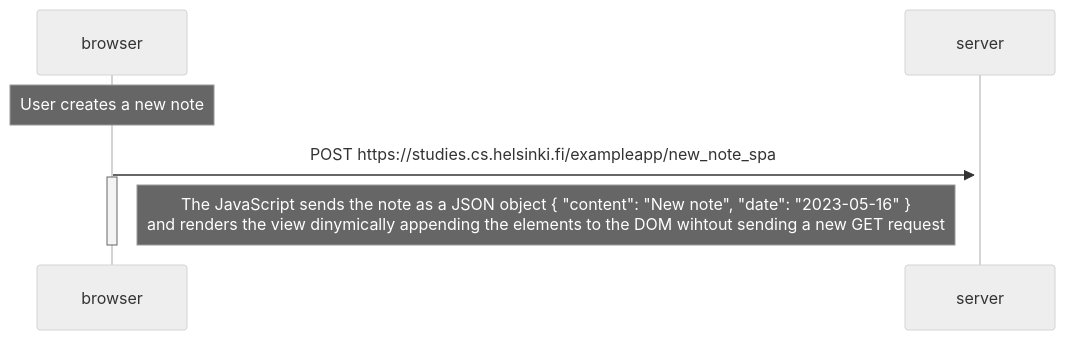
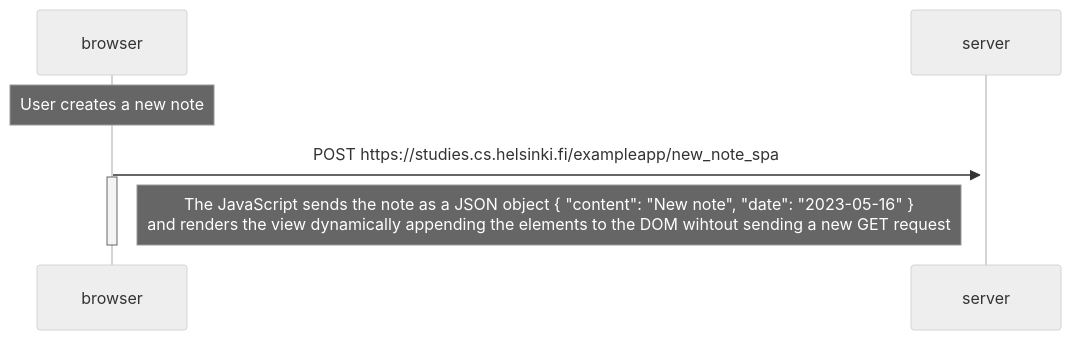
Before and after one commit to doteins/full-stack-open: the third of 3 diagrams in part_0/README.md, drawn with Mermaid (neutral theme). The commit also changed other lines of this file, not shown here.

````diff
--- a/part_0/README.md
+++ b/part_0/README.md
@@ -52,10 +52,10 @@
 ```mermaid 
 sequenceDiagram
 participant browser
 participant server
 Note over browser: User creates a new note
 browser->>+server: POST https://studies.cs.helsinki.fi/exampleapp/new_note_spa
 activate browser
-Note right of browser: The JavaScript sends the note as a JSON object { "content": "New note", "date": "2023-05-16" }<br/>and renders the view dinymically appending the elements to the DOM wihtout sending a new GET request
+Note right of browser: The JavaScript sends the note as a JSON object { "content": "New note", "date": "2023-05-16" }<br/>and renders the view dynamically appending the elements to the DOM wihtout sending a new GET request
 deactivate browser
 ```
````
